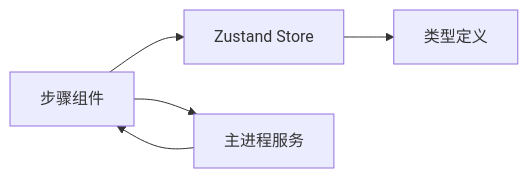
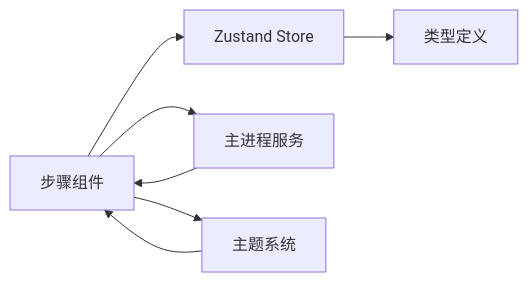
The seventh of 7 diagrams in .qoder/repowiki/zh/content/用户界面系统/用户界面系统.md (remgasuki/ReDoPhoto), drawn with Mermaid before and after one commit. The commit also changed other lines of this file and 10 other files, not shown here.

````diff
--- a/.qoder/repowiki/zh/content/用户界面系统/用户界面系统.md
+++ b/.qoder/repowiki/zh/content/用户界面系统/用户界面系统.md
@@ -434,7 +527,9 @@
 ```mermaid
 flowchart LR
 UI["步骤组件"] --> ZS["Zustand Store"]
 ZS --> Types["类型定义"]
 UI --> MP["主进程服务"]
 MP --> UI
+UI --> Theme["主题系统"]
+Theme --> UI
 ```
````
